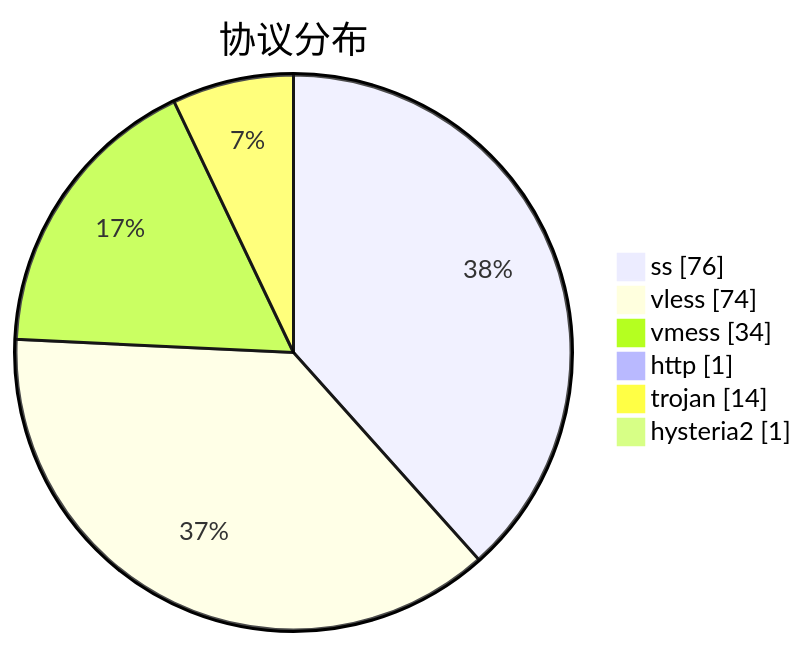
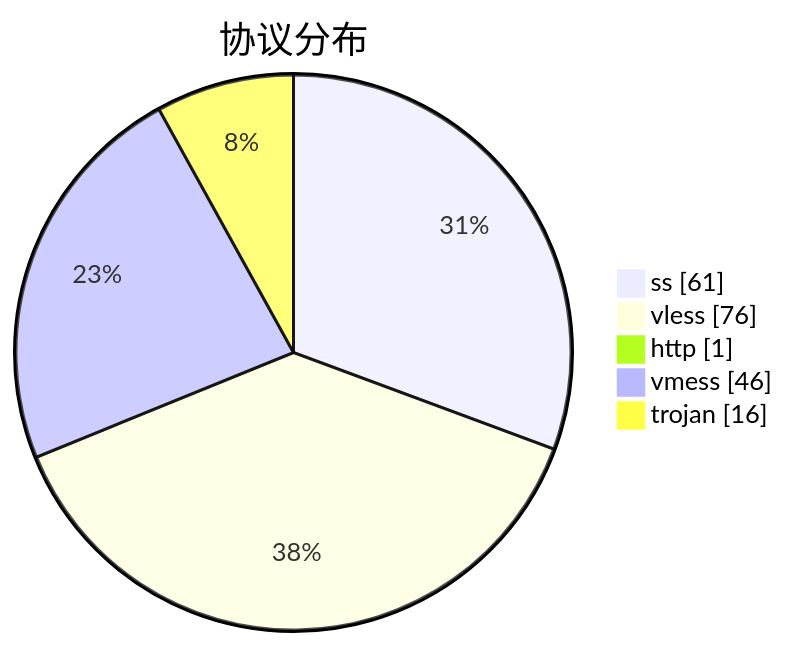
Before and after one commit to qjlxg/airport: the third of 3 diagrams in subs/statistics/tested_within.md, drawn with Mermaid. The commit also changed other lines of this file and 2 other files, not shown here.

````diff
--- a/subs/statistics/tested_within.md
+++ b/subs/statistics/tested_within.md
@@ -28,10 +28,9 @@
 ```mermaid
 pie showData
 title 协议分布
-"ss" : 76
-"vless" : 74
-"vmess" : 34
+"ss" : 61
+"vless" : 76
 "http" : 1
-"trojan" : 14
-"hysteria2" : 1
+"vmess" : 46
+"trojan" : 16
 ```
````
